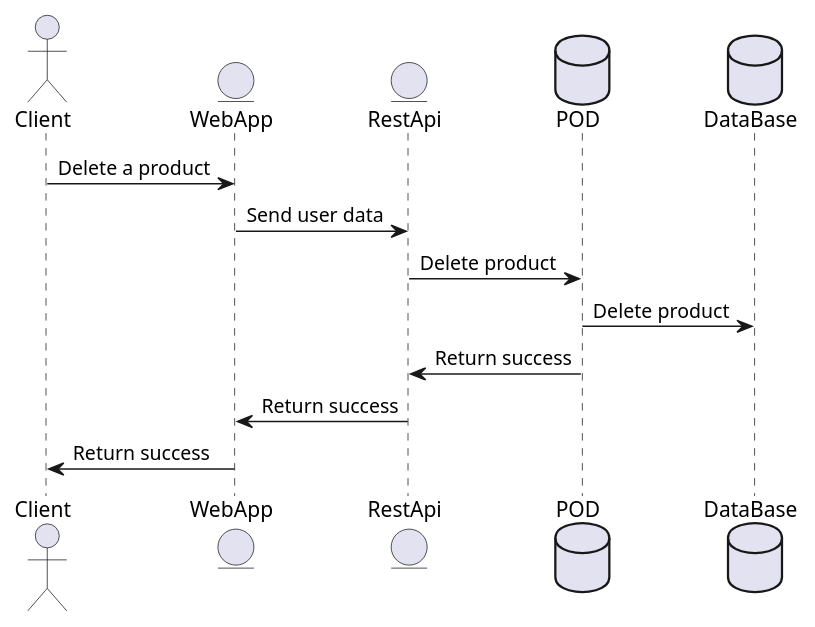
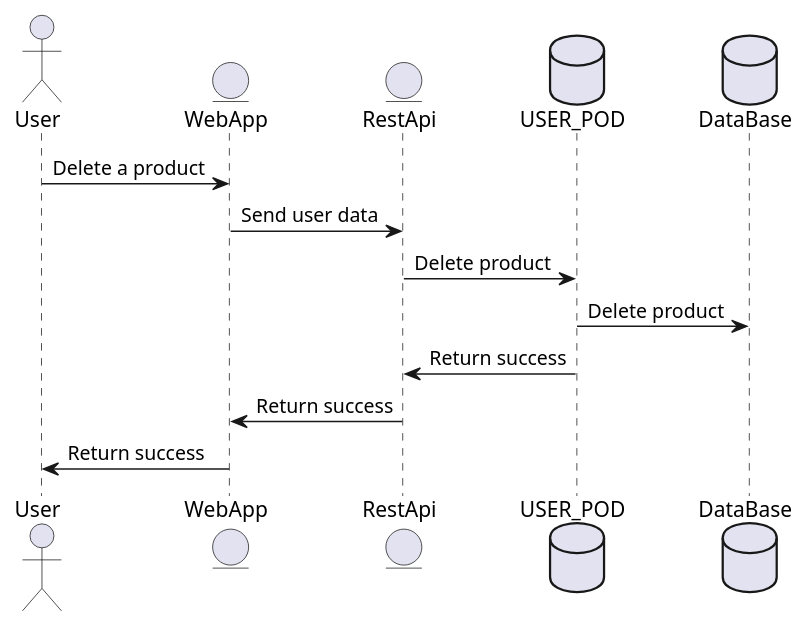
One commit to Arquisoft/dede_es3c changed the third of 3 diagrams in docs/06_runtime_view.adoc. Above: the diagram before and after it, drawn with PlantUML. The commit also changed other lines of this file, not shown here.

```diff
--- a/docs/06_runtime_view.adoc
+++ b/docs/06_runtime_view.adoc
@@ -75,17 +75,17 @@
 [plantuml,"Delete a product from the shopping cart",png]
 ----
 @startuml
-actor Client
+actor User
 entity WebApp
 entity RestApi
-database POD
+database USER_POD
 database DataBase
-Client -> WebApp: Delete a product
+User -> WebApp: Delete a product
 WebApp -> RestApi: Send user data
-RestApi -> POD: Delete product
-POD -> DataBase: Delete product
-POD -> RestApi: Return success
+RestApi -> USER_POD: Delete product
+USER_POD -> DataBase: Delete product
+USER_POD -> RestApi: Return success
 RestApi -> WebApp: Return success
-WebApp -> Client: Return success
+WebApp -> User: Return success
 @enduml
 ----
```
